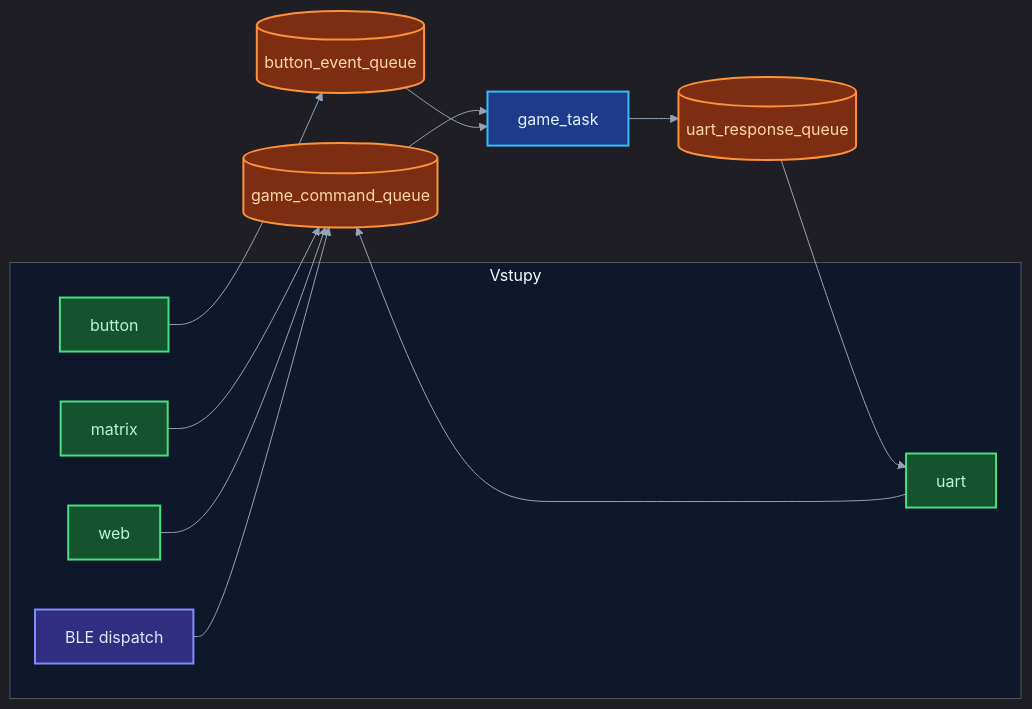
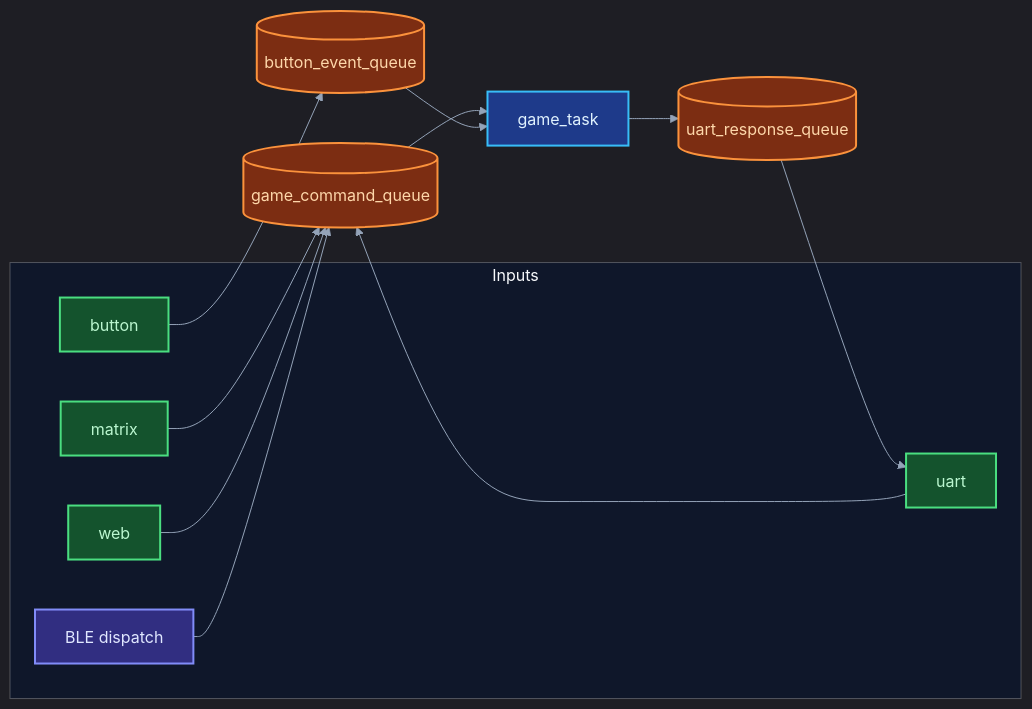
The diagram in README.md (AlfredKrutina/chess_esp32_c6_devkit), drawn with Mermaid before and after one commit. The commit also changed other lines of this file and 372 other files, not shown here.

````diff
--- a/README.md
+++ b/README.md
@@ -74,27 +74,27 @@
 ```mermaid
 %%{init: {'theme':'dark','themeVariables':{'clusterBkg':'#0f172a','lineColor':'#94a3b8','primaryTextColor':'#f1f5f9','titleColor':'#f8fafc'}}}%%
 flowchart LR
-  subgraph IN["Vstupy"]
+  subgraph IN["Inputs"]
     MT[matrix]:::t
     BTN[button]:::t
     SER[uart]:::t
     WEB[web]:::t
     BLE[BLE dispatch]:::b
   end
   GQ[(game_command_queue)]:::q
   BQ[(button_event_queue)]:::q
   GT[game_task]:::g
   MT --> GQ
   SER --> GQ
   WEB --> GQ
   BLE --> GQ
   BTN --> BQ
   GQ --> GT
   BQ --> GT
   GT --> URQ[(uart_response_queue)]:::q --> SER
 
   classDef t fill:#14532d,stroke:#4ade80,stroke-width:2px,color:#bbf7d0
   classDef b fill:#312e81,stroke:#818cf8,stroke-width:2px,color:#e0e7ff
   classDef q fill:#7c2d12,stroke:#fb923c,stroke-width:2px,color:#fed7aa
   classDef g fill:#1e3a8a,stroke:#38bdf8,stroke-width:2px,color:#e0f2fe
 ```
````
